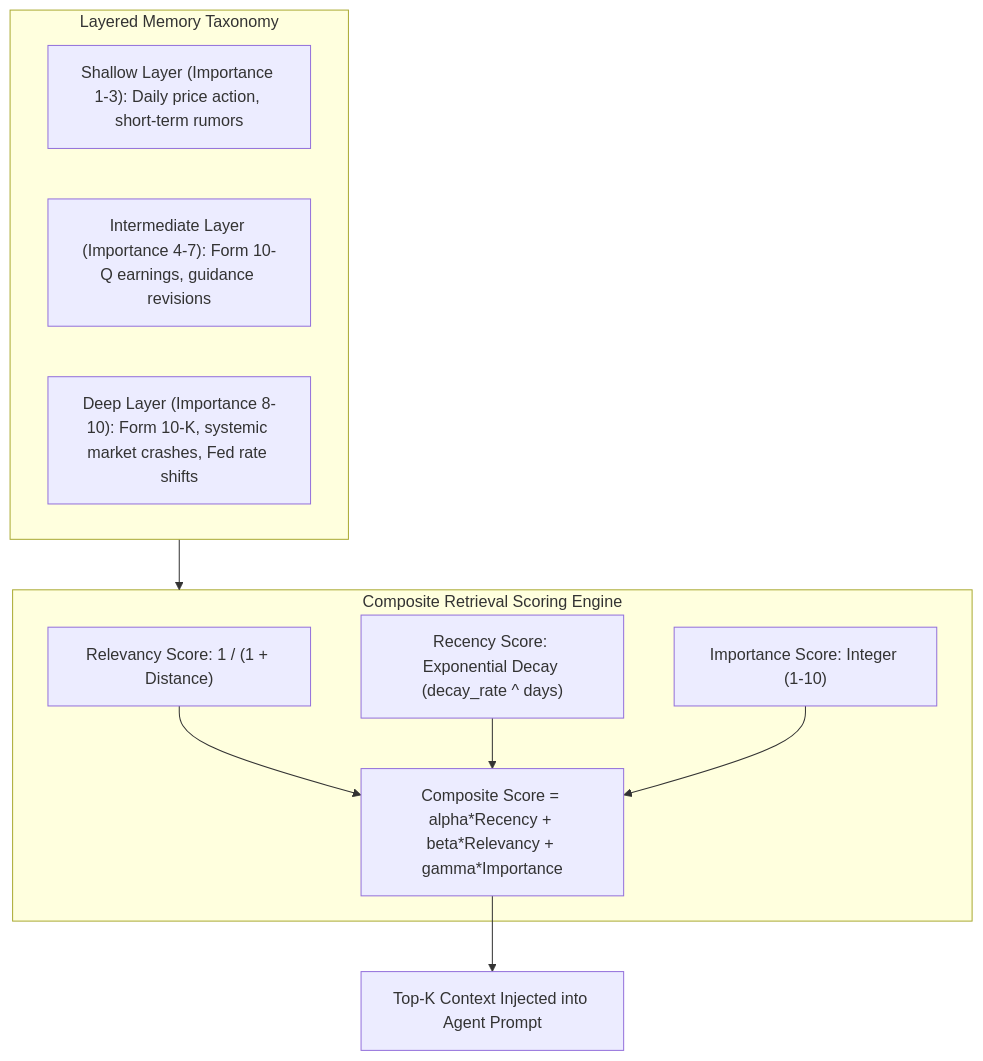
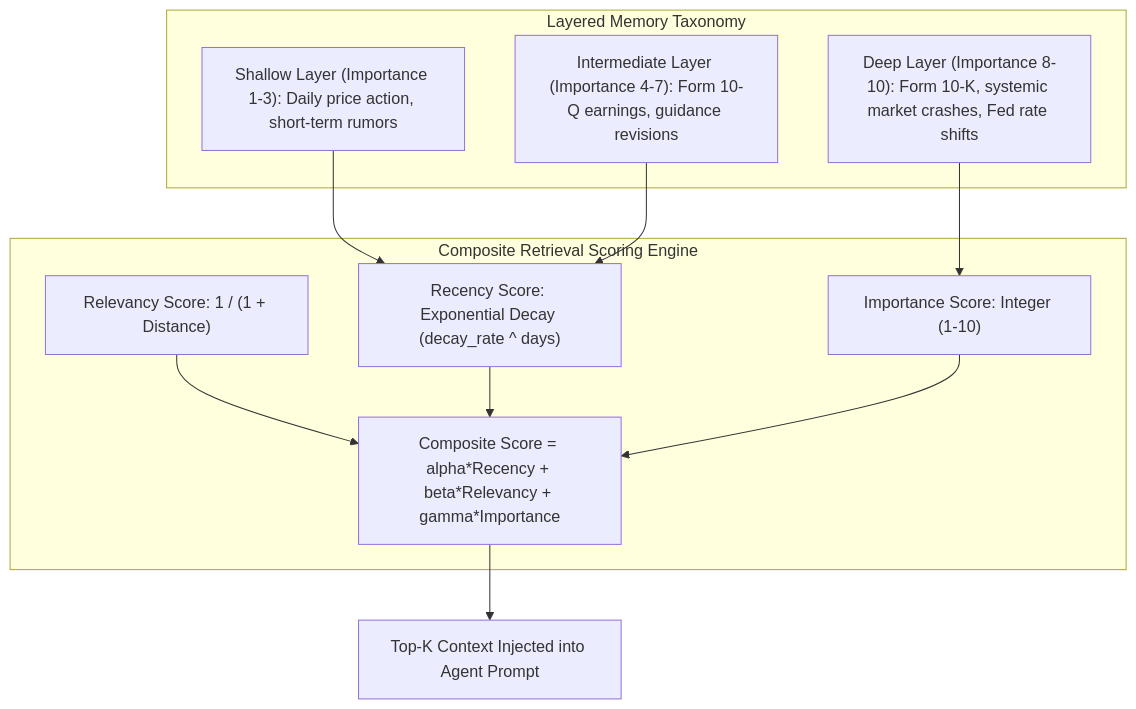
The fourth of 8 diagrams in MASTER_PROJECT_DOCUMENTATION.md (VibhorShukla-BHRT/Portfolio-Management), drawn with Mermaid before and after one commit. The commit also changed other lines of this file and 18 other files, not shown here.

````diff
--- a/MASTER_PROJECT_DOCUMENTATION.md
+++ b/MASTER_PROJECT_DOCUMENTATION.md
@@ -256,18 +265,22 @@
 ```mermaid
 flowchart TD
     subgraph Layers["Layered Memory Taxonomy"]
         L1["Shallow Layer (Importance 1-3): Daily price action, short-term rumors"]
         L2["Intermediate Layer (Importance 4-7): Form 10-Q earnings, guidance revisions"]
         L3["Deep Layer (Importance 8-10): Form 10-K, systemic market crashes, Fed rate shifts"]
     end
 
     subgraph Scoring["Composite Retrieval Scoring Engine"]
         S1["Relevancy Score: 1 / (1 + Distance)"]
         S2["Recency Score: Exponential Decay (decay_rate ^ days)"]
         S3["Importance Score: Integer (1-10)"]
-        S1 & S2 & S3 --> SC["Composite Score = alpha*Recency + beta*Relevancy + gamma*Importance"]
+        S1 --> SC["Composite Score = alpha*Recency + beta*Relevancy + gamma*Importance"]
+        S2 --> SC
+        S3 --> SC
     end
 
-    Layers --> Scoring
+    L1 --> S2
+    L2 --> S2
+    L3 --> S3
     SC --> Res["Top-K Context Injected into Agent Prompt"]
 ```
````
